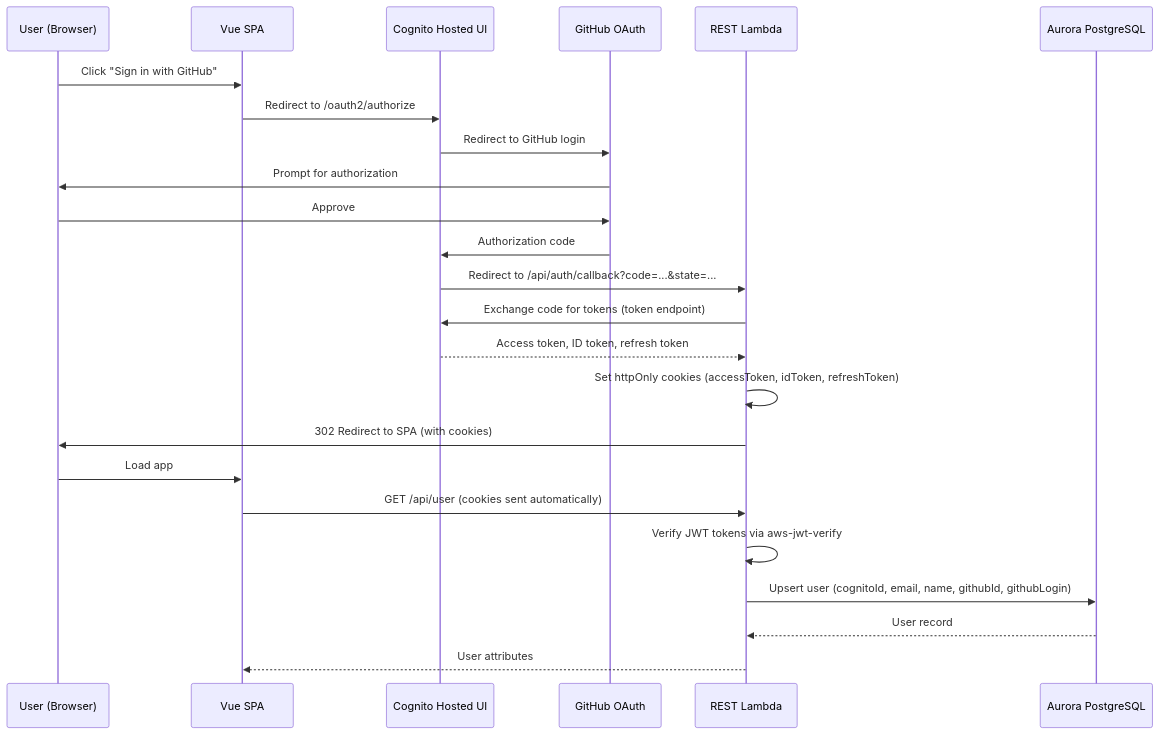
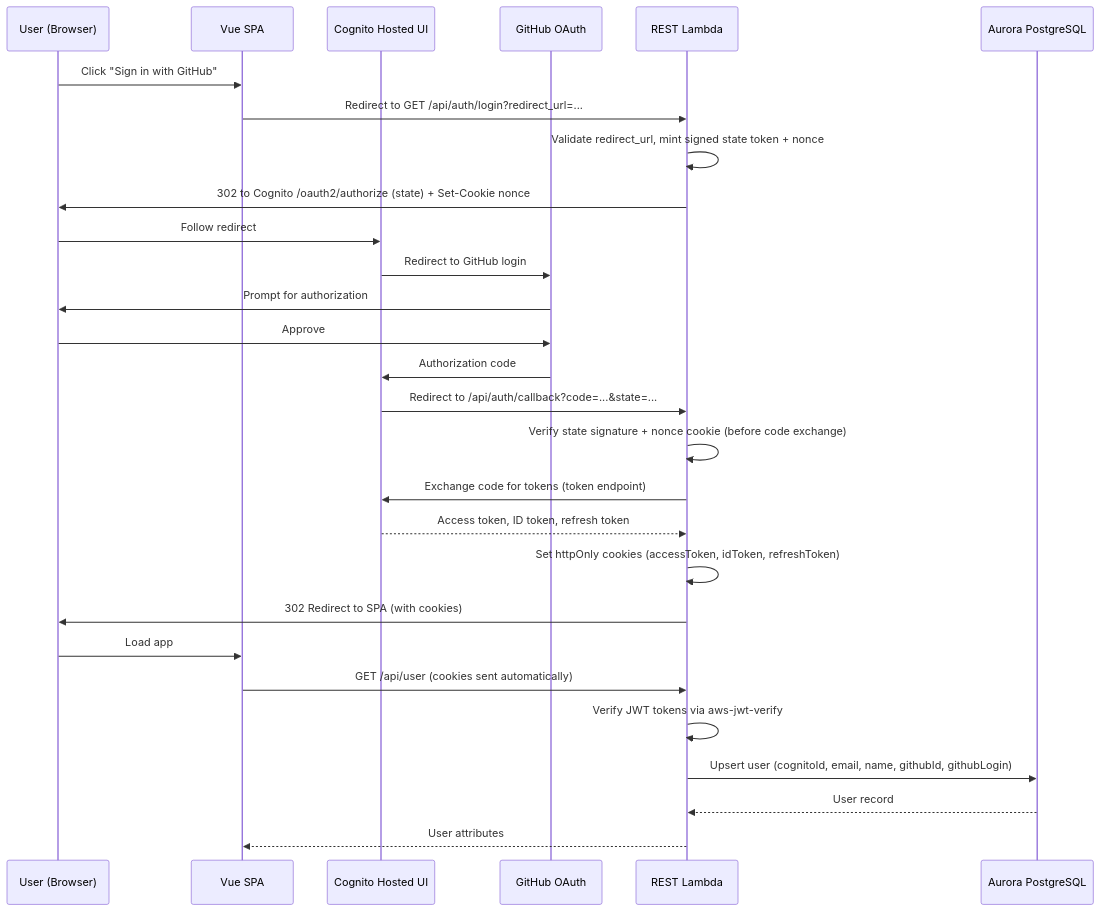
The diagram in apps/docs/docs/technical/authentication.md (Mi3-14159/GitGazer), drawn with Mermaid before and after one commit. The commit also changed other lines of this file and 7 other files, not shown here.

````diff
--- a/apps/docs/docs/technical/authentication.md
+++ b/apps/docs/docs/technical/authentication.md
@@ -13,27 +13,31 @@
 ```mermaid
 sequenceDiagram
     participant User as User (Browser)
     participant SPA as Vue SPA
     participant Cognito as Cognito Hosted UI
     participant GitHub as GitHub OAuth
     participant API as REST Lambda
     participant DB as Aurora PostgreSQL
 
     User->>SPA: Click "Sign in with GitHub"
-    SPA->>Cognito: Redirect to /oauth2/authorize
+    SPA->>API: Redirect to GET /api/auth/login?redirect_url=...
+    API->>API: Validate redirect_url, mint signed state token + nonce
+    API->>User: 302 to Cognito /oauth2/authorize (state) + Set-Cookie nonce
+    User->>Cognito: Follow redirect
     Cognito->>GitHub: Redirect to GitHub login
     GitHub->>User: Prompt for authorization
     User->>GitHub: Approve
     GitHub->>Cognito: Authorization code
     Cognito->>API: Redirect to /api/auth/callback?code=...&state=...
+    API->>API: Verify state signature + nonce cookie (before code exchange)
     API->>Cognito: Exchange code for tokens (token endpoint)
     Cognito-->>API: Access token, ID token, refresh token
     API->>API: Set httpOnly cookies (accessToken, idToken, refreshToken)
     API->>User: 302 Redirect to SPA (with cookies)
     User->>SPA: Load app
     SPA->>API: GET /api/user (cookies sent automatically)
     API->>API: Verify JWT tokens via aws-jwt-verify
     API->>DB: Upsert user (cognitoId, email, name, githubId, githubLogin)
     DB-->>API: User record
     API-->>SPA: User attributes
 ```
````
